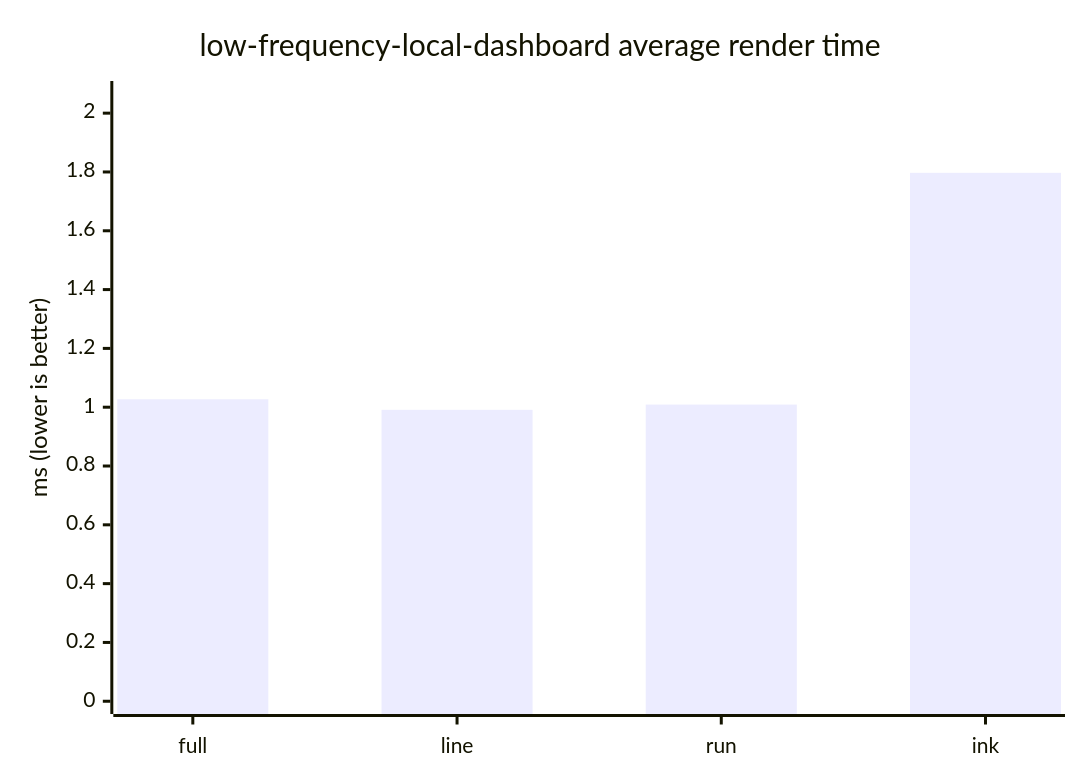
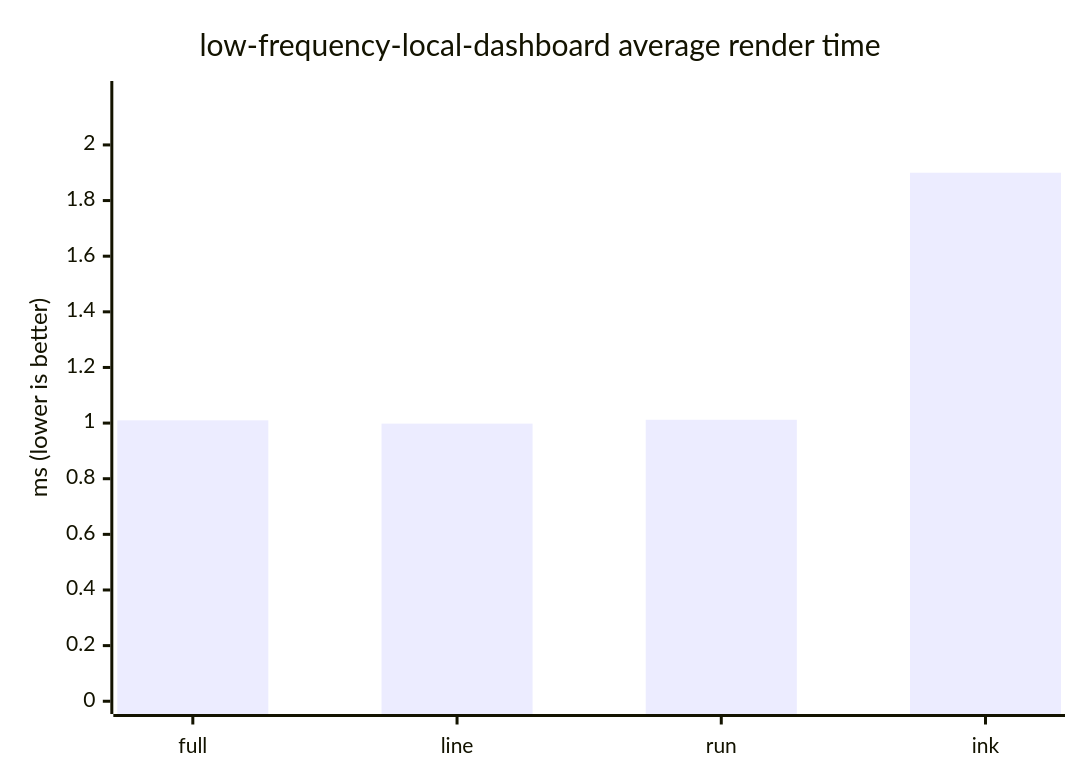
Before and after one commit to ByteLandTechnology/tinky: the first of 10 diagrams in docs/benchmark.md, drawn with Mermaid. The commit also changed other lines of this file and 1 other file, not shown here.

````diff
--- a/docs/benchmark.md
+++ b/docs/benchmark.md
@@ -52,7 +52,7 @@
 ```mermaid
 xychart-beta
     title "low-frequency-local-dashboard average render time"
     x-axis ["full", "line", "run", "ink"]
-    y-axis "ms (lower is better)" 0 --> 2.066
-    bar [1.027, 0.991, 1.009, 1.797]
+    y-axis "ms (lower is better)" 0 --> 2.184
+    bar [1.01, 0.998, 1.012, 1.9]
 ```
````
